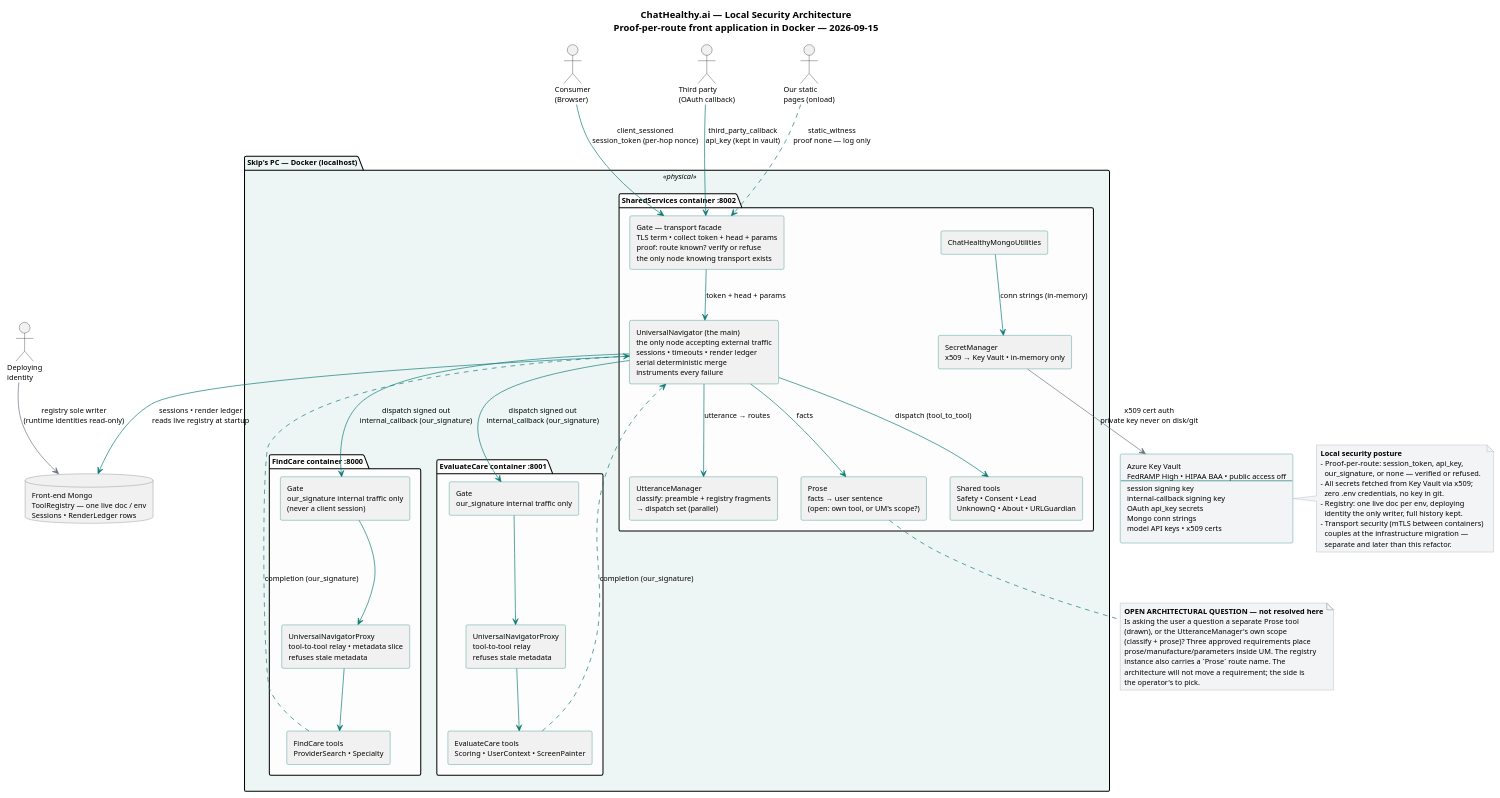
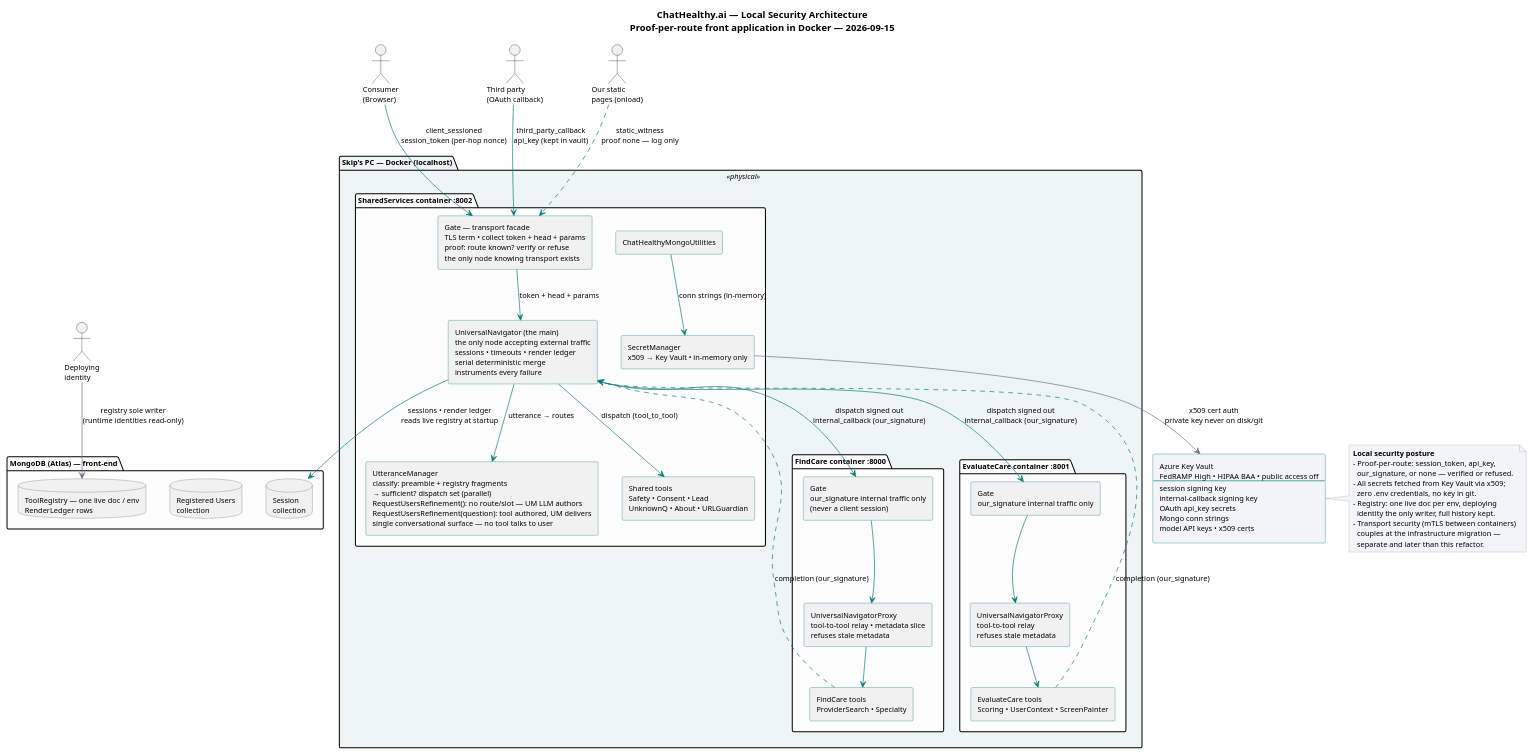
Before and after one commit to SkipSnow/ChatHealthyRepo: the diagram in brain/machine_artifacts/diagramsAndImages/sources/security_architecture_local.puml, drawn with PlantUML. The commit also changed 101 other files, not shown here.

```diff
--- a/brain/machine_artifacts/diagramsAndImages/sources/security_architecture_local.puml
+++ b/brain/machine_artifacts/diagramsAndImages/sources/security_architecture_local.puml
@@ -1,101 +1,92 @@
 @startuml
 skinparam componentStyle rectangle
 skinparam shadowing false
 skinparam defaultFontName Segoe UI
 skinparam defaultFontSize 11
 skinparam ArrowColor #0b7a75
 skinparam ComponentBorderColor #0b7a75
 skinparam DatabaseBorderColor #6b7280
 skinparam NoteBackgroundColor #f3f4f6
 skinparam NoteBorderColor #9ca3af
 
 title ChatHealthy.ai — Local Security Architecture\nProof-per-route front application in Docker — 2026-09-15
 
 ' ── the five incoming call types originate outside the host ──
 actor "Consumer\n(Browser)" as user
 actor "Third party\n(OAuth callback)" as third
 actor "Our static\npages (onload)" as static
 
 package "Skip's PC — Docker (localhost)" as host <<physical>> #eef6f5 {
 
   package "SharedServices container :8002" as c_ss #fdfdfd {
     component [Gate — transport facade\nTLS term • collect token + head + params\nproof: route known? verify or refuse\nthe only node knowing transport exists] as gate_ss
     component [UniversalNavigator (the main)\nthe only node accepting external traffic\nsessions • timeouts • render ledger\nserial deterministic merge\ninstruments every failure] as nav
-    component [UtteranceManager\nclassify: preamble + registry fragments\n→ dispatch set (parallel)] as um
-    component [Prose\nfacts → user sentence\n(open: own tool, or UM's scope?)] as prose
+    component [UtteranceManager\nclassify: preamble + registry fragments\n→ sufficient? dispatch set (parallel)\nRequestUsersRefinement(): no route/slot — UM LLM authors\nRequestUsersRefinement(question): tool authored, UM delivers\nsingle conversational surface — no tool talks to user] as um
     component [Shared tools\nSafety • Consent • Lead\nUnknownQ • About • URLGuardian] as shared
     component [SecretManager\nx509 → Key Vault • in-memory only] as secrets
     component [ChatHealthyMongoUtilities] as mongo_util
   }
 
   package "FindCare container :8000" as c_fc #fdfdfd {
     component [Gate\nour_signature internal traffic only\n(never a client session)] as gate_fc
     component [UniversalNavigatorProxy\ntool-to-tool relay • metadata slice\nrefuses stale metadata] as proxy_fc
     component [FindCare tools\nProviderSearch • Specialty] as fc_tools
   }
 
   package "EvaluateCare container :8001" as c_ec #fdfdfd {
     component [Gate\nour_signature internal traffic only] as gate_ec
     component [UniversalNavigatorProxy\ntool-to-tool relay\nrefuses stale metadata] as proxy_ec
     component [EvaluateCare tools\nScoring • UserContext • ScreenPainter] as ec_tools
   }
 }
 
-database "Front-end Mongo\nToolRegistry — one live doc / env\nSessions • RenderLedger rows" as mongo
+package "MongoDB (Atlas) — front-end" as mongo #fdfdfd {
+  database "Session\ncollection" as mongo_session
+  database "Registered Users\ncollection" as mongo_users
+  database "ToolRegistry — one live doc / env\nRenderLedger rows" as mongo_registry
+}
 component [Azure Key Vault\nFedRAMP High • HIPAA BAA • public access off\n----\nsession signing key\ninternal-callback signing key\nOAuth api_key secrets\nMongo conn strings\nmodel API keys • x509 certs] as kv #f3f4f6
 actor "Deploying\nidentity" as deployer
 
 ' ── incoming external calls: each proven at the gate ──
 user   --> gate_ss : client_sessioned\nsession_token (per-hop nonce)
 third  --> gate_ss : third_party_callback\napi_key (kept in vault)
 static ..> gate_ss : static_witness\nproof none — log only
 
 gate_ss --> nav : token + head + params
 
 ' ── the main reads the map and drives the route ──
 nav --> um : utterance → routes
-nav --> prose : facts
 nav --> shared : dispatch (tool_to_tool)
-
-note bottom of prose
-  **OPEN ARCHITECTURAL QUESTION — not resolved here**
-  Is asking the user a question a separate Prose tool
-  (drawn), or the UtteranceManager's own scope
-  (classify + prose)? Three approved requirements place
-  prose/manufacture/parameters inside UM. The registry
-  instance also carries a `Prose` route name. The
-  architecture will not move a requirement; the side is
-  the operator's to pick.
-end note
 
 ' ── cross the wire to a satellite: signed out, signed back ──
 nav --> gate_fc : dispatch signed out\ninternal_callback (our_signature)
 gate_fc --> proxy_fc
 proxy_fc --> fc_tools
 fc_tools ..> nav : completion (our_signature)
 
 nav --> gate_ec : dispatch signed out\ninternal_callback (our_signature)
 gate_ec --> proxy_ec
 proxy_ec --> ec_tools
 ec_tools ..> nav : completion (our_signature)
 
 ' ── state, secrets, and registry write governance ──
-nav --> mongo : sessions • render ledger\nreads live registry at startup
+nav --> mongo_session : sessions • render ledger\nreads live registry at startup
 mongo_util --> secrets : conn strings (in-memory)
 secrets   -[#6b7280]-> kv : x509 cert auth\nprivate key never on disk/git
-deployer  -[#6b7280]-> mongo : registry sole writer\n(runtime identities read-only)
+deployer  -[#6b7280]-> mongo_registry : registry sole writer\n(runtime identities read-only)
 
 note right of kv
   **Local security posture**
   - Proof-per-route: session_token, api_key,
     our_signature, or none — verified or refused.
   - All secrets fetched from Key Vault via x509;
     zero .env credentials, no key in git.
   - Registry: one live doc per env, deploying
     identity the only writer, full history kept.
   - Transport security (mTLS between containers)
     couples at the infrastructure migration —
     separate and later than this refactor.
 end note
 
 @enduml
```
